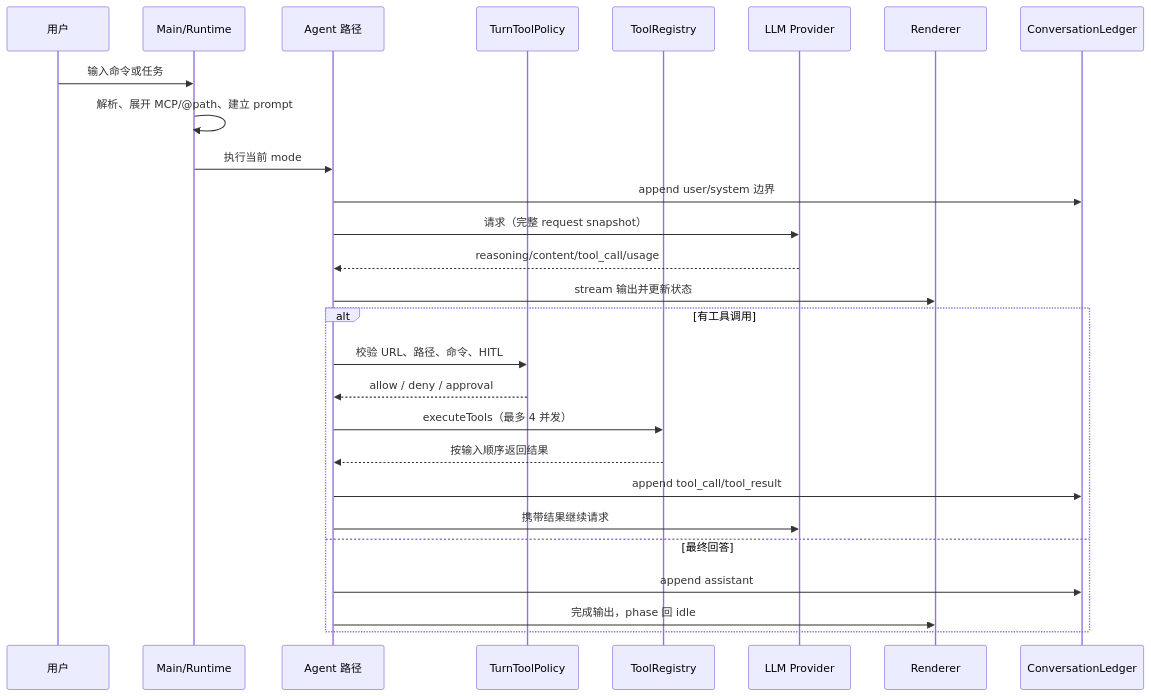
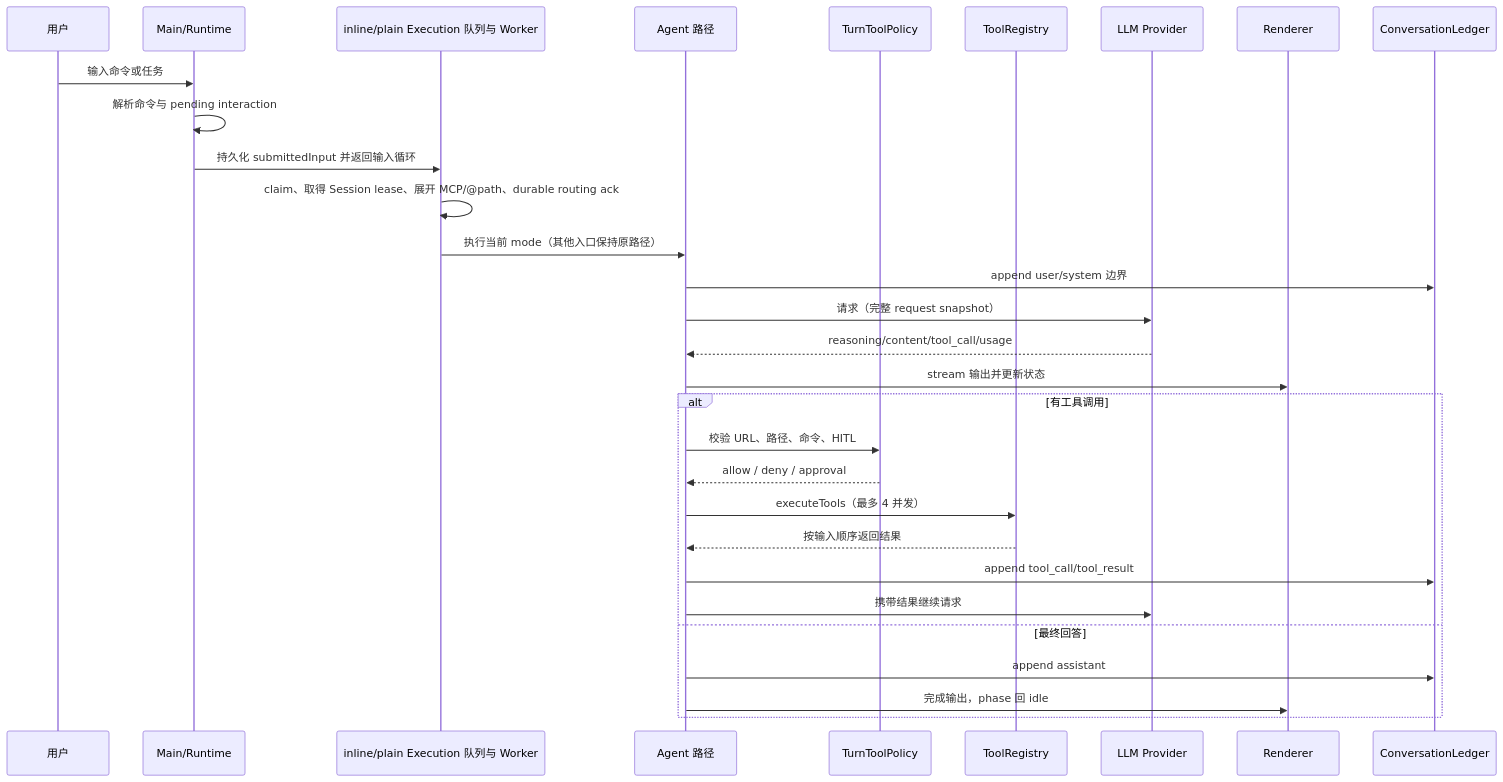
Before and after one commit to zgjdev/Code-Agent: the third of 3 diagrams in AGENTS.md, drawn with Mermaid. The commit also changed other lines of this file and 23 other files, not shown here.

````diff
--- a/AGENTS.md
+++ b/AGENTS.md
@@ -102,29 +105,32 @@
 ```mermaid
 sequenceDiagram
     participant U as 用户
     participant M as Main/Runtime
+    participant Q as inline/plain Execution 队列与 Worker
     participant A as Agent 路径
     participant P as TurnToolPolicy
     participant T as ToolRegistry
     participant L as LLM Provider
     participant R as Renderer
     participant C as ConversationLedger
     U->>M: 输入命令或任务
-    M->>M: 解析、展开 MCP/@path、建立 prompt
-    M->>A: 执行当前 mode
+    M->>M: 解析命令与 pending interaction
+    M->>Q: 持久化 submittedInput 并返回输入循环
+    Q->>Q: claim、取得 Session lease、展开 MCP/@path、durable routing ack
+    Q->>A: 执行当前 mode（其他入口保持原路径）
     A->>C: append user/system 边界
     A->>L: 请求（完整 request snapshot）
     L-->>A: reasoning/content/tool_call/usage
     A->>R: stream 输出并更新状态
     alt 有工具调用
         A->>P: 校验 URL、路径、命令、HITL
         P-->>A: allow / deny / approval
         A->>T: executeTools（最多 4 并发）
         T-->>A: 按输入顺序返回结果
         A->>C: append tool_call/tool_result
         A->>L: 携带结果继续请求
     else 最终回答
         A->>C: append assistant
         A->>R: 完成输出，phase 回 idle
     end
 ```
````
